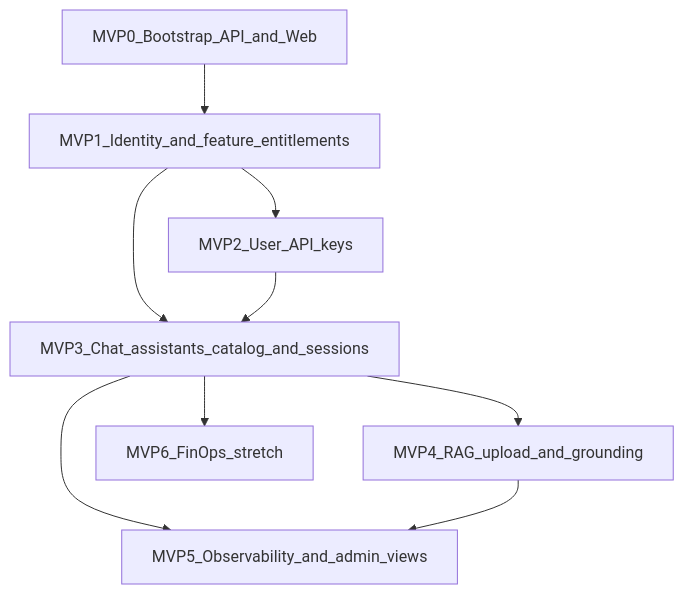
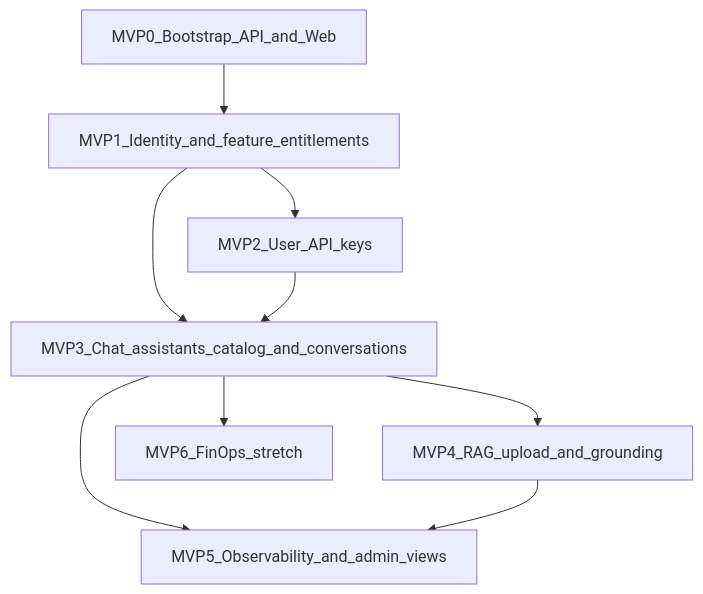
Before and after one commit to kouji-dev/vortex: the diagram in docs/superpowers/specs/README.md, drawn with Mermaid. The commit also changed other lines of this file and 58 other files, not shown here.

````diff
--- a/docs/superpowers/specs/README.md
+++ b/docs/superpowers/specs/README.md
@@ -47,18 +60,18 @@
 ```mermaid
 flowchart TD
   P0[MVP0_Bootstrap_API_and_Web]
   P1[MVP1_Identity_and_feature_entitlements]
   P2[MVP2_User_API_keys]
-  P3[MVP3_Chat_assistants_catalog_and_sessions]
+  P3[MVP3_Chat_assistants_catalog_and_conversations]
   P4[MVP4_RAG_upload_and_grounding]
   P5[MVP5_Observability_and_admin_views]
   P6[MVP6_FinOps_stretch]
   P0 --> P1
   P1 --> P2
   P1 --> P3
   P2 --> P3
   P3 --> P4
   P3 --> P5
   P4 --> P5
   P3 --> P6
 ```
````
